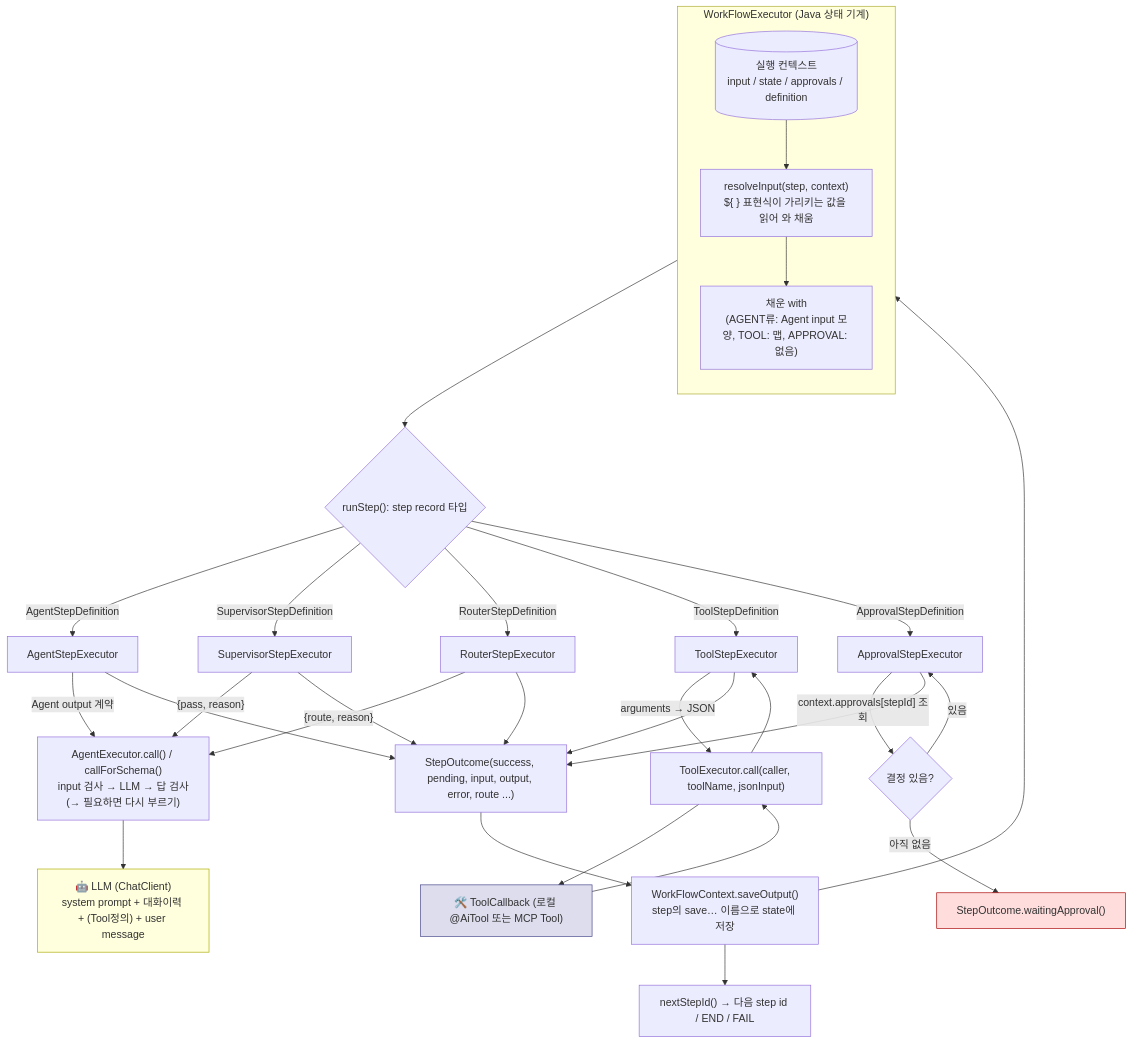
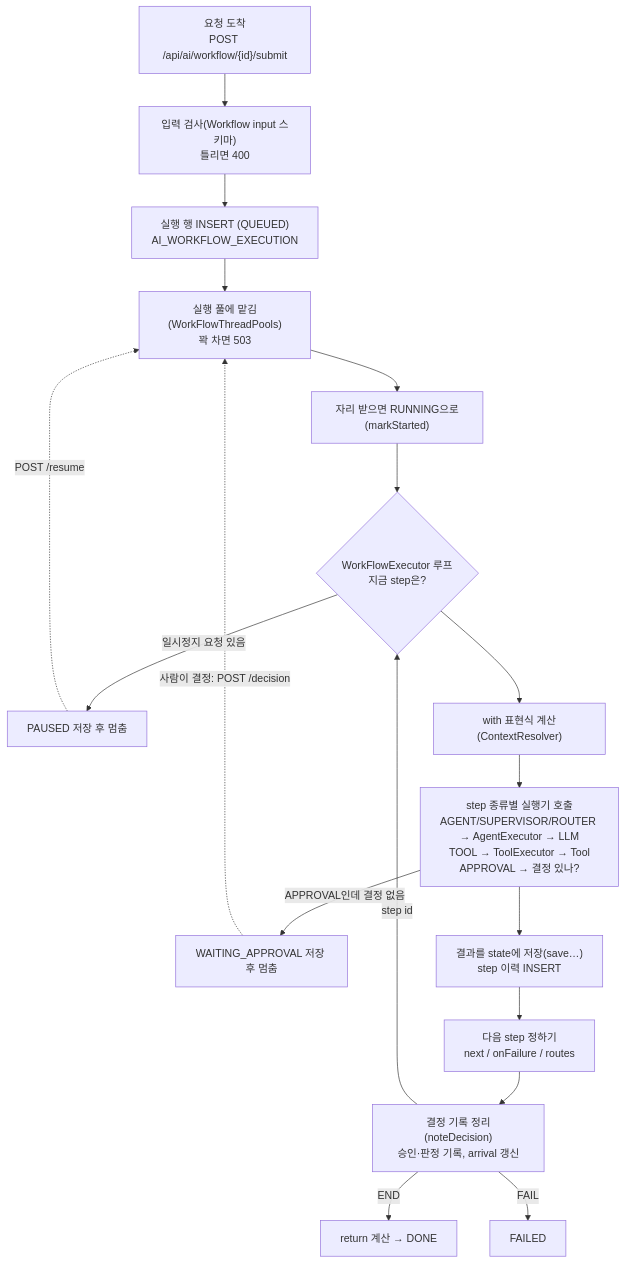
One commit to YongSoekChoeng/dstone changed the third of 11 diagrams in docs/09.dstone-ai-engine.md. Above: the diagram before and after it, drawn with Mermaid. The commit also changed other lines of this file and 9 other files, not shown here.

````diff
--- a/docs/09.dstone-ai-engine.md
+++ b/docs/09.dstone-ai-engine.md
@@ -689,44 +171,20 @@
 ```mermaid
 flowchart TD
-    subgraph L1["WorkFlowExecutor (Java 상태 기계)"]
-        direction TB
-        CTX[("실행 컨텍스트\ninput / state / approvals / definition")]
-        R["resolveInput(step, context)\n${ } 표현식이 가리키는 값을 읽어 와 채움"]
-        SI["채운 with\n(AGENT류: Agent input 모양, TOOL: 맵, APPROVAL: 없음)"]
-        CTX --> R --> SI
-    end
-
-    SI --> DISPATCH{"runStep(): step record 타입"}
-    DISPATCH -->|AgentStepDefinition| ASR["AgentStepExecutor"]
-    DISPATCH -->|SupervisorStepDefinition| SSR["SupervisorStepExecutor"]
-    DISPATCH -->|RouterStepDefinition| RSR["RouterStepExecutor"]
-    DISPATCH -->|ToolStepDefinition| TSR["ToolStepExecutor"]
-    DISPATCH -->|ApprovalStepDefinition| APR["ApprovalStepExecutor"]
-
-    ASR -->|"Agent output 계약"| AE["AgentExecutor.call() / callForSchema()\ninput 검사 → LLM → 답 검사(→ 필요하면 다시 부르기)"]
-    SSR -->|"{pass, reason}"| AE
-    RSR -->|"{route, reason}"| AE
-    AE --> LLM["🤖 LLM (ChatClient)\nsystem prompt + 대화이력 + (Tool정의) + user message"]
-
-    TSR -->|"arguments → JSON"| TE["ToolExecutor.call(caller, toolName, jsonInput)"]
-    TE --> TOOL["🛠️ ToolCallback (로컬 @AiTool 또는 MCP Tool)"]
-    TOOL --> TE --> TSR
-
-    APR -->|"context.approvals[stepId] 조회"| DECIDE{"결정 있음?"}
-    DECIDE -->|"아직 없음"| PENDING["StepOutcome.waitingApproval()"]
-    DECIDE -->|"있음"| APR
-
-    ASR --> SO["StepOutcome(success, pending, input, output, error, route ...)"]
-    SSR --> SO
-    RSR --> SO
-    TSR --> SO
-    APR --> SO
-
-    SO --> REC["WorkFlowContext.saveOutput()\nstep의 save… 이름으로 state에 저장"]
-    REC --> CTX
-    REC --> NEXT["nextStepId() → 다음 step id / END / FAIL"]
-
-    style LLM fill:#ffd,stroke:#aa0
-    style TOOL fill:#dde,stroke:#448
-    style PENDING fill:#fdd,stroke:#a00
+    A["요청 도착<br/>POST /api/ai/workflow/{id}/submit"] --> B["입력 검사(Workflow input 스키마)<br/>틀리면 400"]
+    B --> C["실행 행 INSERT (QUEUED)<br/>AI_WORKFLOW_EXECUTION"]
+    C --> D["실행 풀에 맡김(WorkFlowThreadPools)<br/>꽉 차면 503"]
+    D --> E["자리 받으면 RUNNING으로(markStarted)"]
+    E --> F{"WorkFlowExecutor 루프<br/>지금 step은?"}
+    F -->|"일시정지 요청 있음"| P["PAUSED 저장 후 멈춤"]
+    F --> G["with 표현식 계산(ContextResolver)"]
+    G --> H["step 종류별 실행기 호출<br/>AGENT/SUPERVISOR/ROUTER → AgentExecutor → LLM<br/>TOOL → ToolExecutor → Tool<br/>APPROVAL → 결정 있나?"]
+    H -->|"APPROVAL인데 결정 없음"| W["WAITING_APPROVAL 저장 후 멈춤"]
+    H --> I["결과를 state에 저장(save…)<br/>step 이력 INSERT"]
+    I --> J["다음 step 정하기<br/>next / onFailure / routes"]
+    J --> K["결정 기록 정리(noteDecision)<br/>승인·판정 기록, arrival 갱신"]
+    K -->|"step id"| F
+    K -->|"END"| X["return 계산 → DONE"]
+    K -->|"FAIL"| Y["FAILED"]
+    W -.->|"사람이 결정: POST /decision"| D
+    P -.->|"POST /resume"| D
 ```
````
